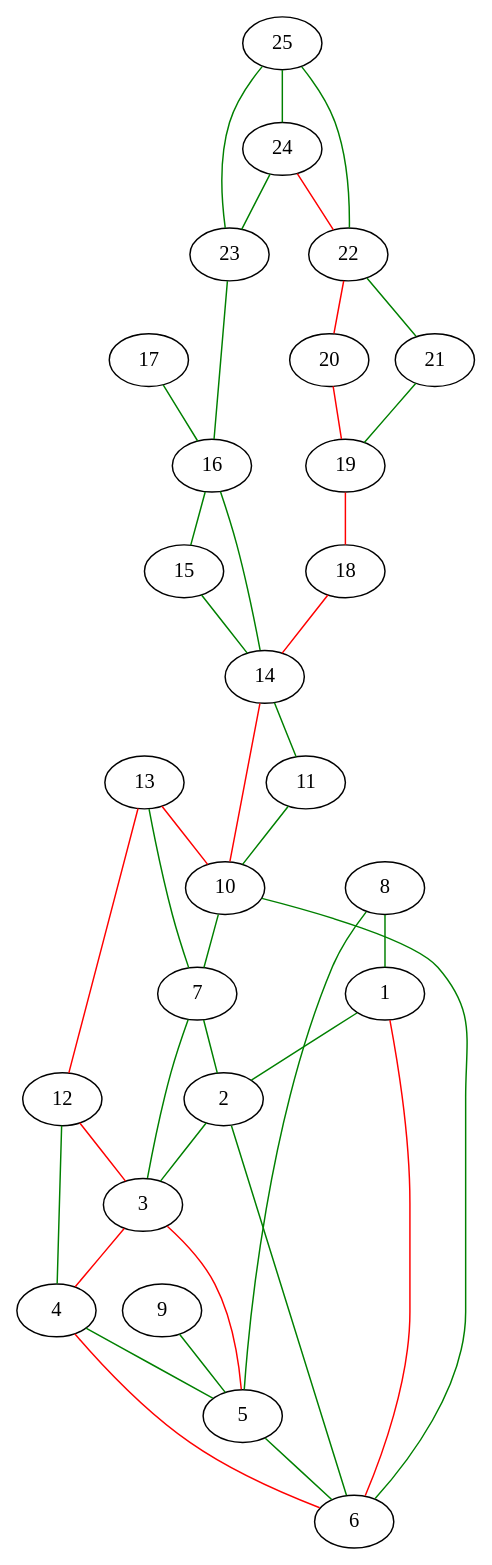
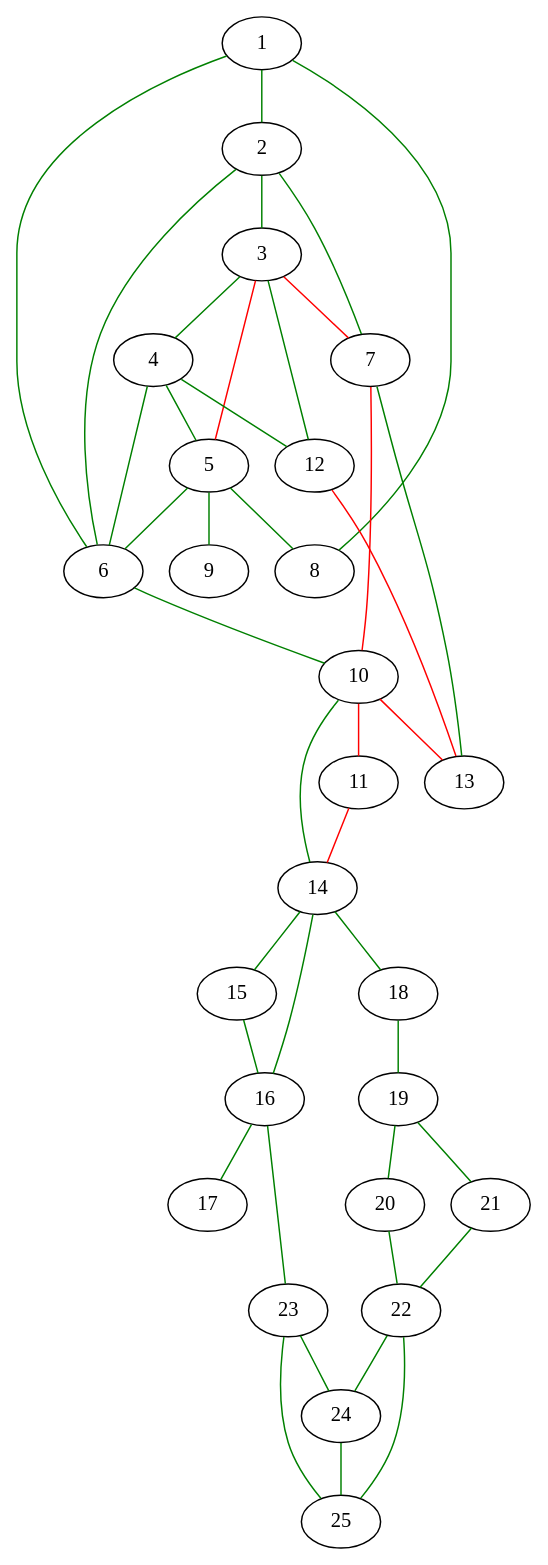
Before and after one commit to jbranislav05/RI-Resavanje-problema-minimalnog-Stajnerovog-drveta: the diagram in simulatedannealing.gv, drawn with Graphviz. The commit also changed 15 other files, not shown here.

```diff
--- a/simulatedannealing.gv
+++ b/simulatedannealing.gv
@@ -1,42 +1,42 @@
 graph Gsa {
 	1 -- 2 [color=green]
 	2 -- 3 [color=green]
-	3 -- 4 [color=red]
+	3 -- 4 [color=green]
 	4 -- 5 [color=green]
 	5 -- 6 [color=green]
-	6 -- 1 [color=red]
+	1 -- 6 [color=green]
 	2 -- 6 [color=green]
 	3 -- 5 [color=red]
-	4 -- 6 [color=red]
-	7 -- 2 [color=green]
-	8 -- 1 [color=green]
-	7 -- 3 [color=green]
-	9 -- 5 [color=green]
-	10 -- 6 [color=green]
-	11 -- 10 [color=green]
-	10 -- 7 [color=green]
-	12 -- 3 [color=red]
-	12 -- 4 [color=green]
-	13 -- 10 [color=red]
-	13 -- 12 [color=red]
-	8 -- 5 [color=green]
-	13 -- 7 [color=green]
-	14 -- 10 [color=red]
-	14 -- 11 [color=green]
-	15 -- 14 [color=green]
-	16 -- 14 [color=green]
-	16 -- 15 [color=green]
-	17 -- 16 [color=green]
-	18 -- 14 [color=red]
-	19 -- 18 [color=red]
-	20 -- 19 [color=red]
-	21 -- 19 [color=green]
-	22 -- 21 [color=green]
-	22 -- 20 [color=red]
-	23 -- 16 [color=green]
-	24 -- 23 [color=green]
-	24 -- 22 [color=red]
-	25 -- 22 [color=green]
-	25 -- 24 [color=green]
-	25 -- 23 [color=green]
+	4 -- 6 [color=green]
+	2 -- 7 [color=green]
+	1 -- 8 [color=green]
+	3 -- 7 [color=red]
+	5 -- 9 [color=green]
+	6 -- 10 [color=green]
+	10 -- 11 [color=red]
+	7 -- 10 [color=red]
+	3 -- 12 [color=green]
+	4 -- 12 [color=green]
+	10 -- 13 [color=red]
+	12 -- 13 [color=red]
+	5 -- 8 [color=green]
+	7 -- 13 [color=green]
+	10 -- 14 [color=green]
+	11 -- 14 [color=red]
+	14 -- 15 [color=green]
+	14 -- 16 [color=green]
+	15 -- 16 [color=green]
+	16 -- 17 [color=green]
+	14 -- 18 [color=green]
+	18 -- 19 [color=green]
+	19 -- 20 [color=green]
+	19 -- 21 [color=green]
+	21 -- 22 [color=green]
+	20 -- 22 [color=green]
+	16 -- 23 [color=green]
+	23 -- 24 [color=green]
+	22 -- 24 [color=green]
+	22 -- 25 [color=green]
+	24 -- 25 [color=green]
+	23 -- 25 [color=green]
 }
```
